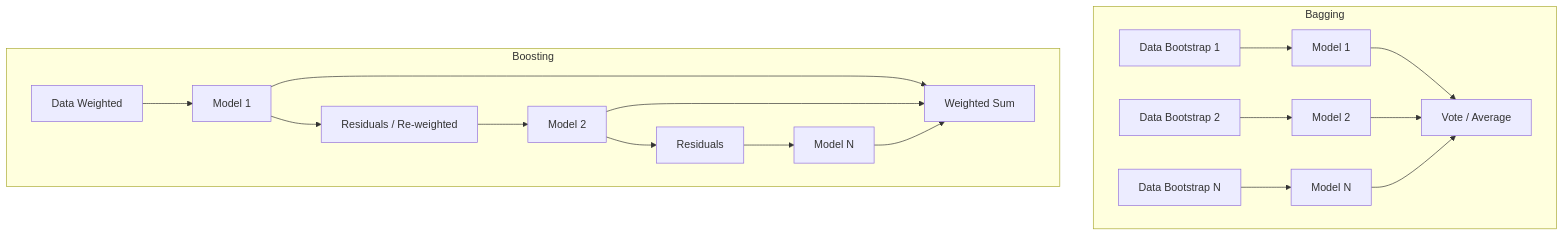
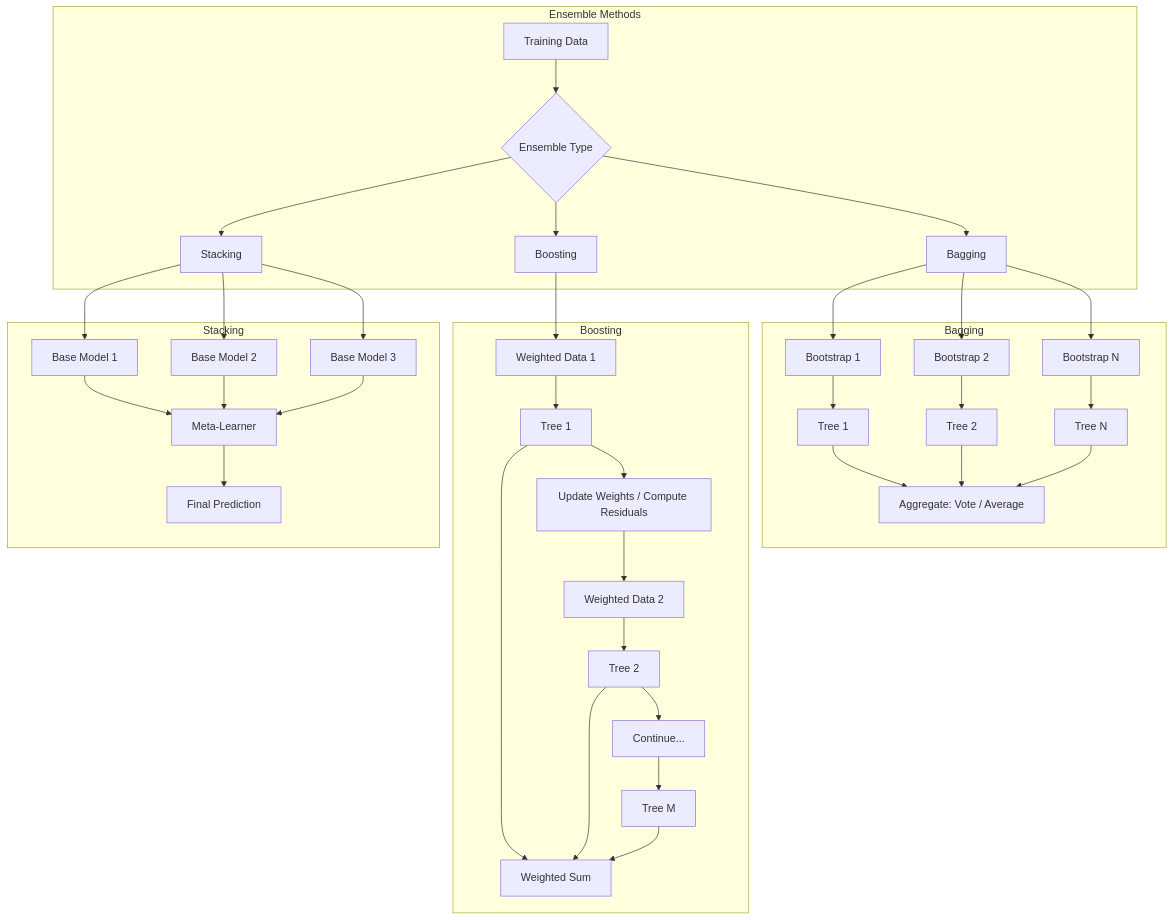
The first of 3 diagrams in docs/courses/machine-learning/05-ensemble-methods.md (Raushan666java/ai-engineering-journey), drawn with Mermaid before and after one commit. The commit also changed other lines of this file and 41 other files, not shown here.

````diff
--- a/docs/courses/machine-learning/05-ensemble-methods.md
+++ b/docs/courses/machine-learning/05-ensemble-methods.md
@@ -27,17 +34,30 @@
 ```mermaid
 flowchart TD
-    subgraph Bagging
-    A1[Data Bootstrap 1] --> B1[Model 1]
-    A2[Data Bootstrap 2] --> B2[Model 2]
-    A3[Data Bootstrap N] --> B3[Model N]
-    B1 & B2 & B3 --> C[Vote / Average]
+    subgraph "Ensemble Methods"
+        A[Training Data] --> B{Ensemble Type}
+        B --> C[Bagging]
+        B --> D[Boosting]
+        B --> E[Stacking]
     end
-    subgraph Boosting
-    D1[Data Weighted] --> E1[Model 1]
-    E1 --> D2[Residuals / Re-weighted]
-    D2 --> E2[Model 2]
-    E2 --> D3[Residuals]
-    D3 --> E3[Model N]
-    E1 & E2 & E3 --> F[Weighted Sum]
+    subgraph "Bagging"
+        C --> F[Bootstrap 1] --> G[Tree 1]
+        C --> H[Bootstrap 2] --> I[Tree 2]
+        C --> J[Bootstrap N] --> K[Tree N]
+        G & I & K --> L[Aggregate: Vote / Average]
+    end
+    subgraph "Boosting"
+        D --> M[Weighted Data 1] --> N[Tree 1]
+        N --> O[Update Weights / Compute Residuals]
+        O --> P[Weighted Data 2] --> Q[Tree 2]
+        Q --> R[Continue...]
+        R --> S[Tree M]
+        N & Q & S --> T[Weighted Sum]
+    end
+    subgraph "Stacking"
+        E --> U[Base Model 1]
+        E --> V[Base Model 2]
+        E --> W[Base Model 3]
+        U & V & W --> X[Meta-Learner]
+        X --> Y[Final Prediction]
     end
 ```
````
